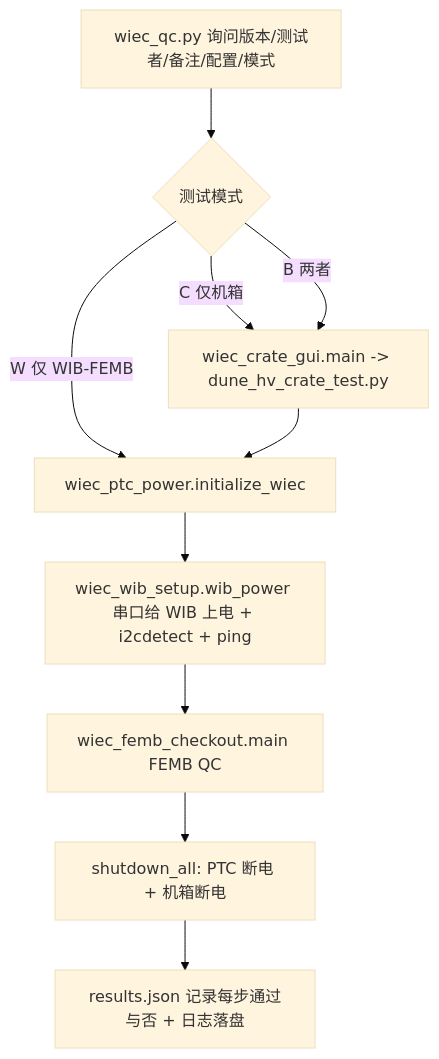
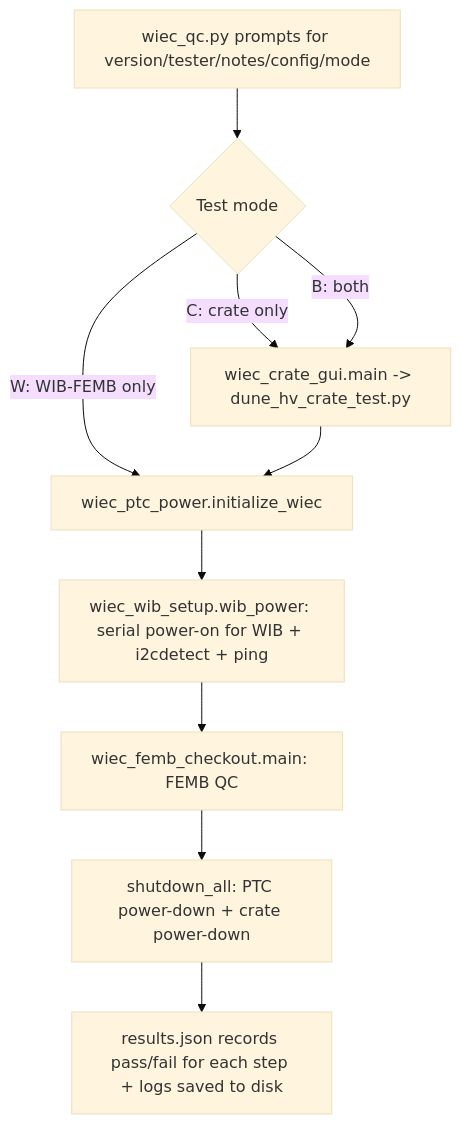
Before and after one commit to KyraDugan/DUNE_HV_Crate_Testing: the second of 2 diagrams in README.md, drawn with Mermaid (base theme). The commit also changed other lines of this file and 2 other files, not shown here.

````diff
--- a/README.md
+++ b/README.md
@@ -294,12 +287,12 @@
 ```mermaid
 flowchart TD
-    A[wiec_qc.py 询问版本/测试者/备注/配置/模式] --> B{测试模式}
-    B -->|C 仅机箱| C[wiec_crate_gui.main -> dune_hv_crate_test.py]
-    B -->|W 仅 WIB-FEMB| D[wiec_ptc_power.initialize_wiec]
-    B -->|B 两者| C
+    A[wiec_qc.py prompts for version/tester/notes/config/mode] --> B{Test mode}
+    B -->|C: crate only| C[wiec_crate_gui.main -> dune_hv_crate_test.py]
+    B -->|W: WIB-FEMB only| D[wiec_ptc_power.initialize_wiec]
+    B -->|B: both| C
     C --> D
-    D --> E[wiec_wib_setup.wib_power 串口给 WIB 上电 + i2cdetect + ping]
-    E --> F[wiec_femb_checkout.main FEMB QC]
-    F --> G[shutdown_all: PTC 断电 + 机箱断电]
-    G --> H[results.json 记录每步通过与否 + 日志落盘]
+    D --> E[wiec_wib_setup.wib_power: serial power-on for WIB + i2cdetect + ping]
+    E --> F[wiec_femb_checkout.main: FEMB QC]
+    F --> G[shutdown_all: PTC power-down + crate power-down]
+    G --> H[results.json records pass/fail for each step + logs saved to disk]
 ```
````
